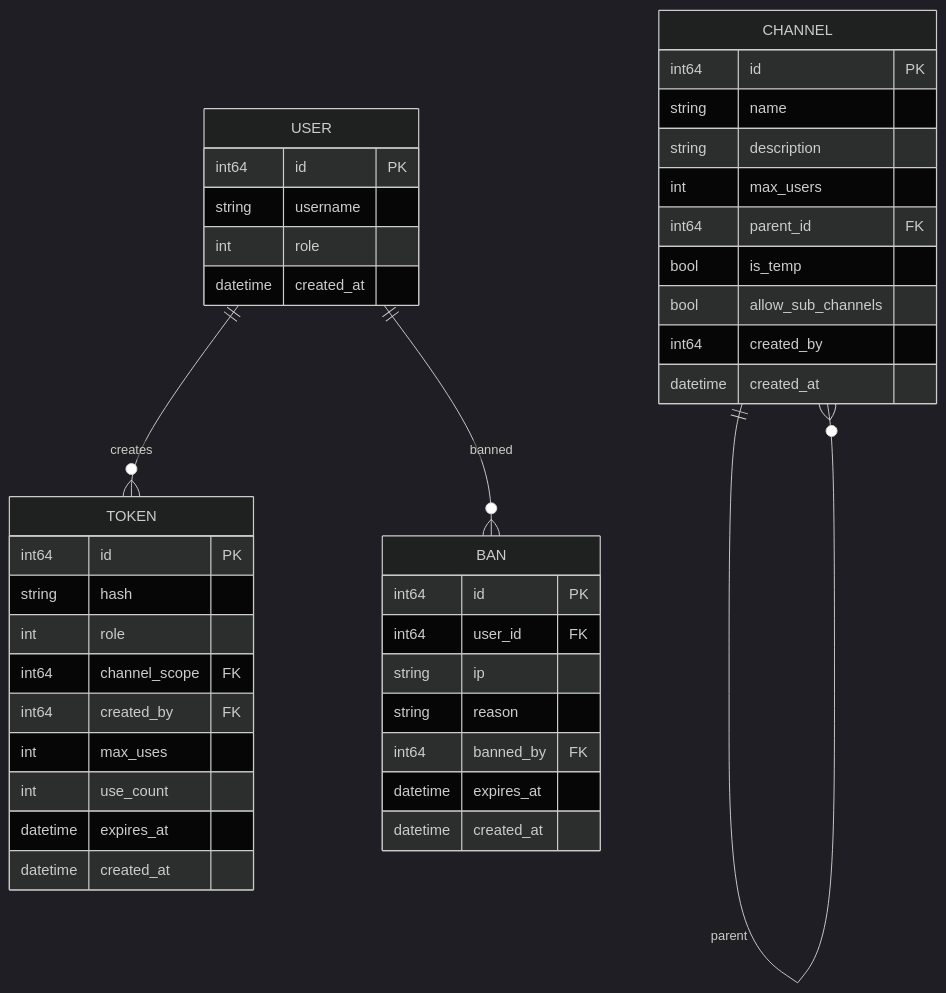
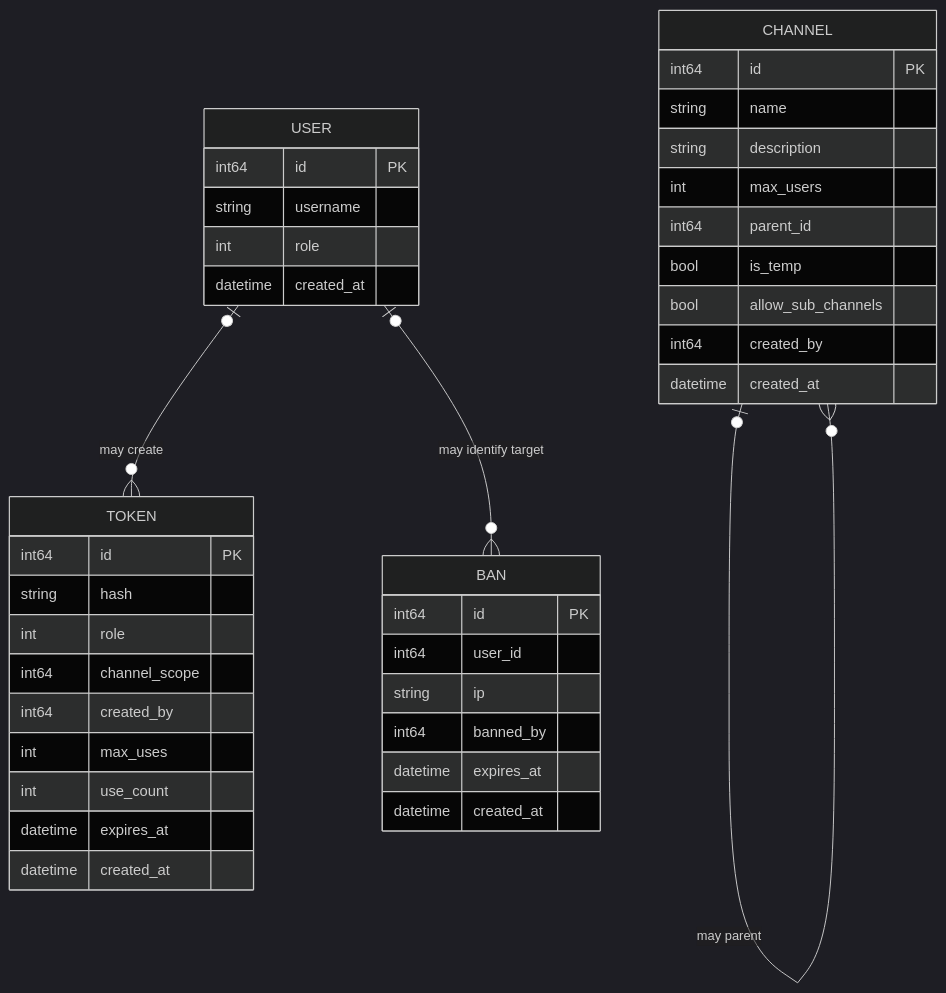
Before and after one commit to NicolasHaas/gospeak: the fifth of 5 diagrams in docs/architecture.md, drawn with Mermaid (dark theme). The commit also changed other lines of this file and 9 other files, not shown here.

````diff
--- a/docs/architecture.md
+++ b/docs/architecture.md
@@ -178,44 +197,43 @@
 ```mermaid
 erDiagram
     USER {
         int64 id PK
         string username
         int role
         datetime created_at
     }
     CHANNEL {
         int64 id PK
         string name
         string description
         int max_users
-        int64 parent_id FK
+        int64 parent_id
         bool is_temp
         bool allow_sub_channels
         int64 created_by
         datetime created_at
     }
     TOKEN {
         int64 id PK
         string hash
         int role
-        int64 channel_scope FK
-        int64 created_by FK
+        int64 channel_scope
+        int64 created_by
         int max_uses
         int use_count
         datetime expires_at
         datetime created_at
     }
     BAN {
         int64 id PK
-        int64 user_id FK
+        int64 user_id
         string ip
-        string reason
-        int64 banned_by FK
+        int64 banned_by
         datetime expires_at
         datetime created_at
     }
 
-    USER ||--o{ TOKEN : "creates"
-    USER ||--o{ BAN : "banned"
-    CHANNEL ||--o{ CHANNEL : "parent"
+    USER |o--o{ TOKEN : "may create"
+    USER |o--o{ BAN : "may identify target"
+    CHANNEL |o--o{ CHANNEL : "may parent"
 ```
````
